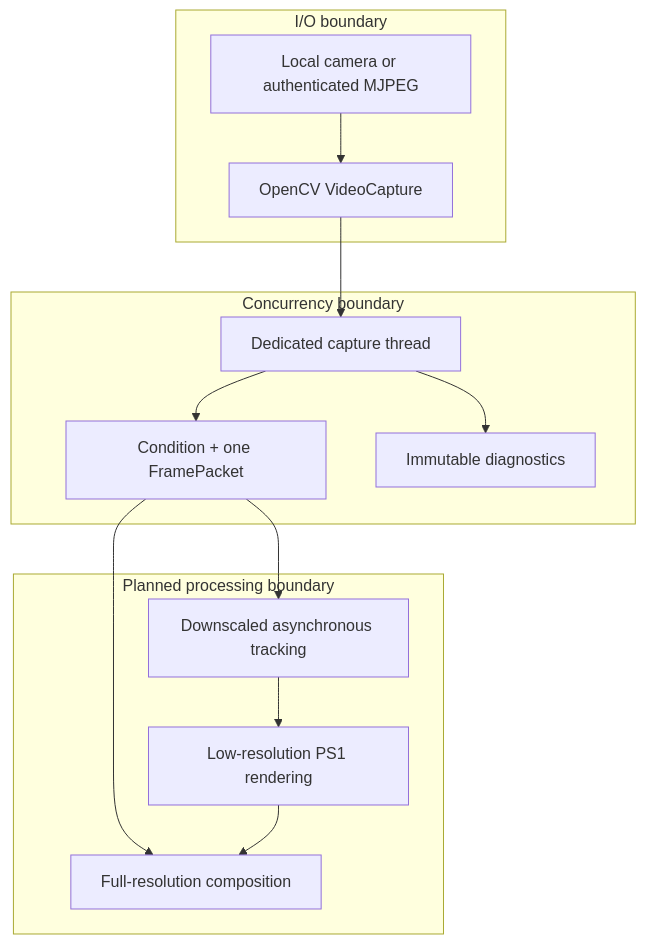
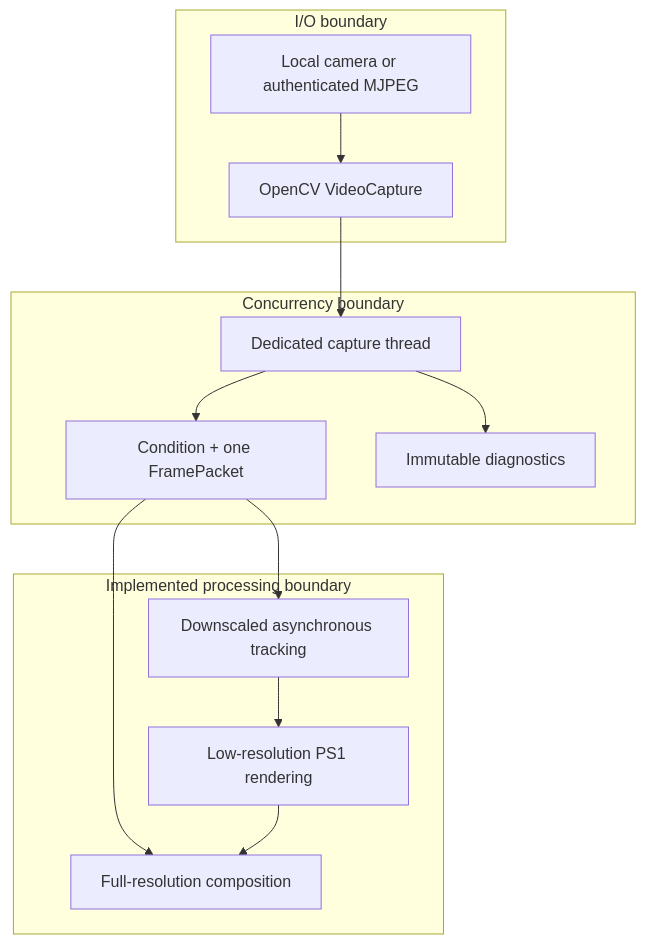
Before and after one commit to Zanark/KardboardCode-VTuber: the first of 2 diagrams in docs/00-onboarding/principal-engineer-guide.md, drawn with Mermaid. The commit also changed other lines of this file and 58 other files, not shown here.

````diff
--- a/docs/00-onboarding/principal-engineer-guide.md
+++ b/docs/00-onboarding/principal-engineer-guide.md
@@ -32,22 +37,22 @@
 ```mermaid
 flowchart TB
     subgraph IO["I/O boundary"]
       Source["Local camera or authenticated MJPEG"]
       Capture["OpenCV VideoCapture"]
     end
     subgraph Concurrency["Concurrency boundary"]
       Worker["Dedicated capture thread"]
       Condition["Condition + one FramePacket"]
       Snapshot["Immutable diagnostics"]
     end
-    subgraph Future["Planned processing boundary"]
+    subgraph Processing["Implemented processing boundary"]
       Tracking["Downscaled asynchronous tracking"]
       Render["Low-resolution PS1 rendering"]
       Compose["Full-resolution composition"]
     end
     Source --> Capture --> Worker --> Condition
     Worker --> Snapshot
     Condition --> Tracking
     Condition --> Compose
     Tracking --> Render --> Compose
 ```
````
